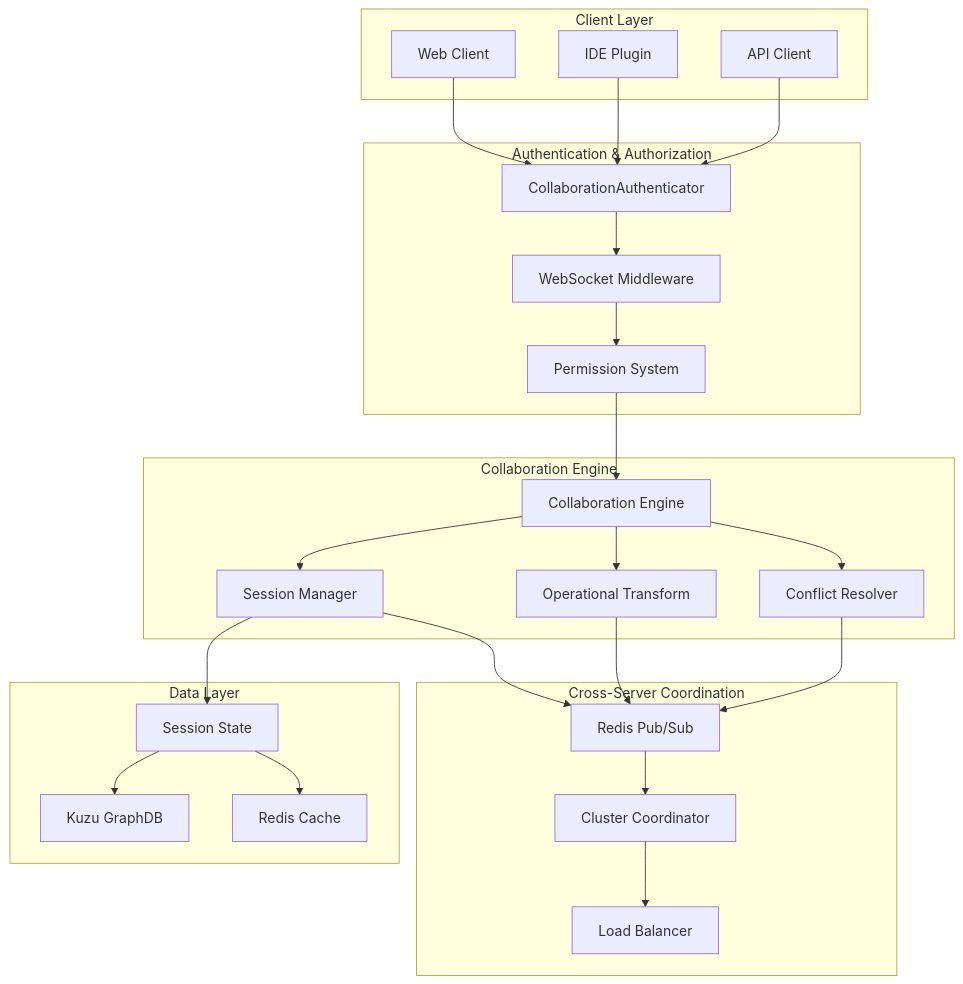
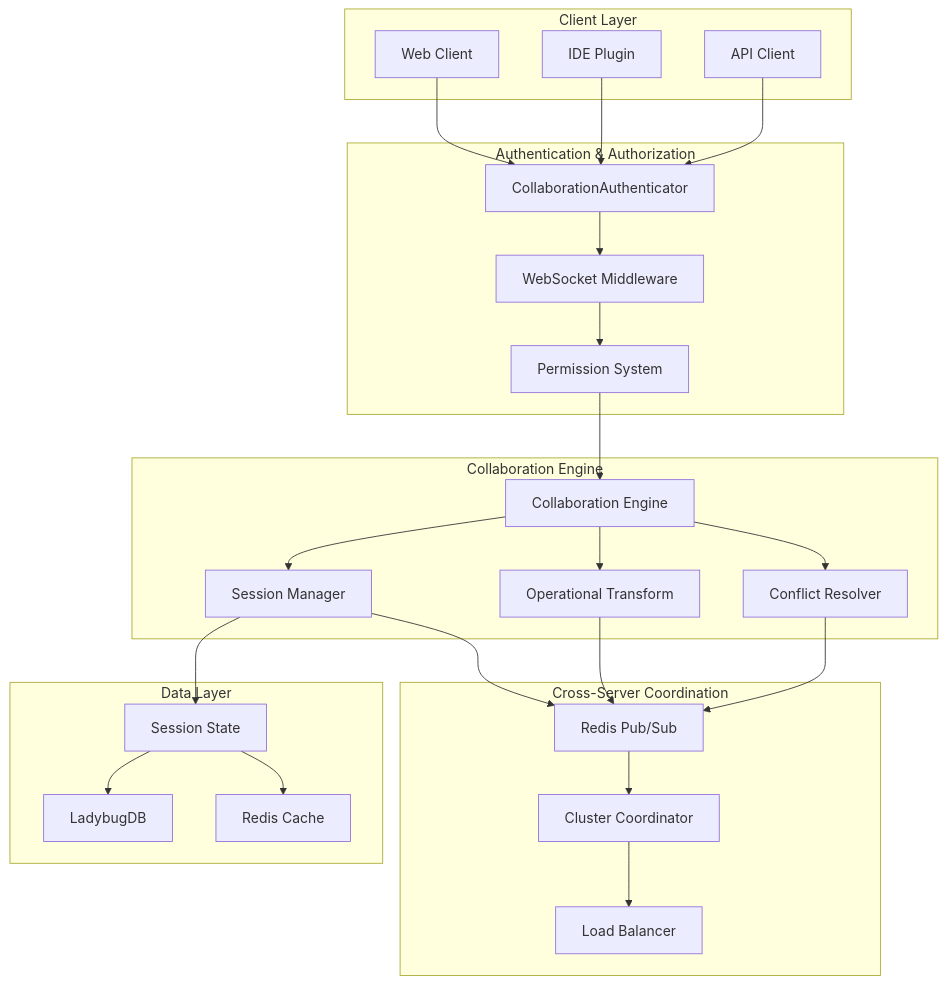
One commit to elementalcollision/GraphMemory-IDE changed the first of 10 diagrams in docs/development/DOCUMENTATION.md. Above: the diagram before and after it, drawn with Mermaid. The commit also changed other lines of this file and 120 other files, not shown here.

First line of the commit message:
Kuzu → LadybugDB migration (Phases 0–9 + follow-up) (#4)

````diff
--- a/docs/development/DOCUMENTATION.md
+++ b/docs/development/DOCUMENTATION.md
@@ -56,56 +56,56 @@
 ```mermaid
 graph TB
     subgraph "Client Layer"
         WEB[Web Client]
         IDE[IDE Plugin]
         API[API Client]
     end
 
     subgraph "Authentication & Authorization"
         AUTH[CollaborationAuthenticator]
         MW[WebSocket Middleware]
         PERM[Permission System]
     end
 
     subgraph "Collaboration Engine"
         CE[Collaboration Engine]
         SM[Session Manager]
         OT[Operational Transform]
         CR[Conflict Resolver]
     end
 
     subgraph "Cross-Server Coordination"
         REDIS[Redis Pub/Sub]
         CC[Cluster Coordinator]
         LB[Load Balancer]
     end
 
     subgraph "Data Layer"
-        KUZU[Kuzu GraphDB]
+        LADYBUG[LadybugDB]
         STATE[Session State]
         CACHE[Redis Cache]
     end
 
     WEB --> AUTH
     IDE --> AUTH
     API --> AUTH
     
     AUTH --> MW
     MW --> PERM
     PERM --> CE
     
     CE --> SM
     CE --> OT
     CE --> CR
     
     SM --> REDIS
     OT --> REDIS
     CR --> REDIS
     
     REDIS --> CC
     CC --> LB
     
     SM --> STATE
-    STATE --> KUZU
+    STATE --> LADYBUG
     STATE --> CACHE
 ```
````
